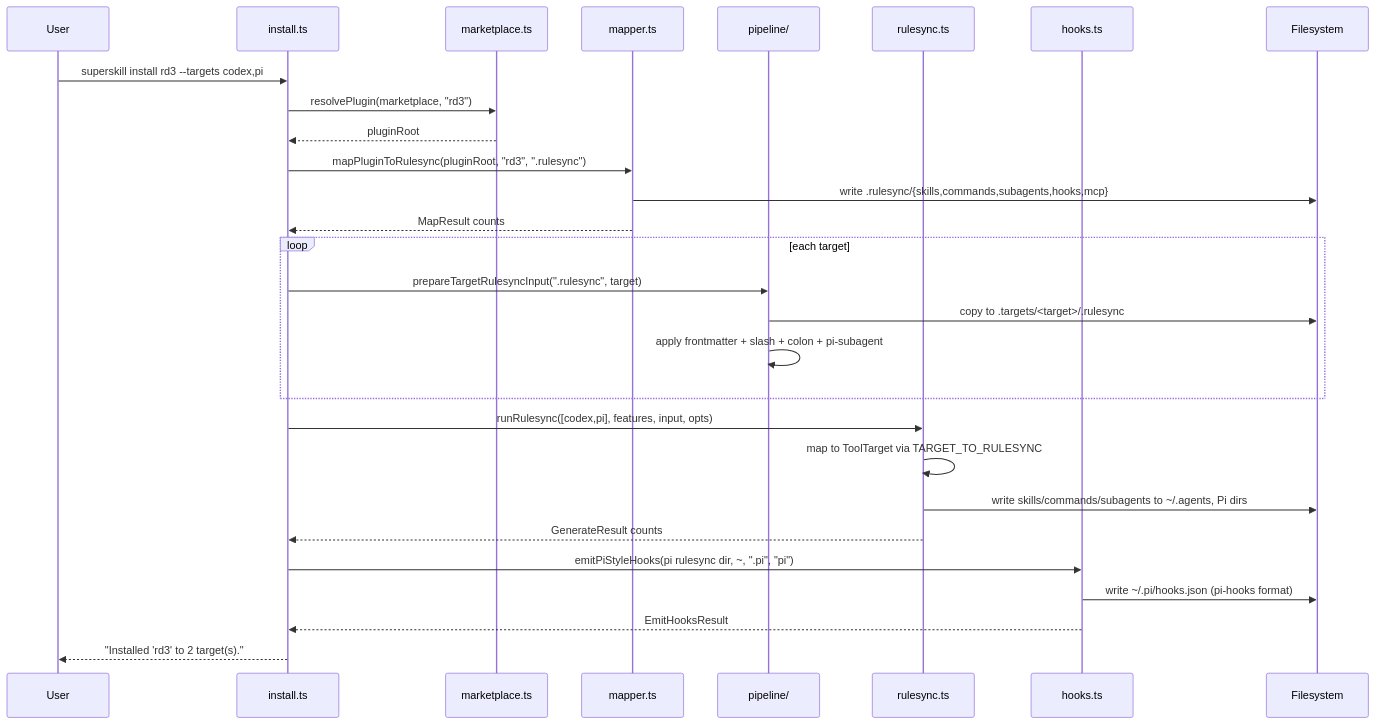
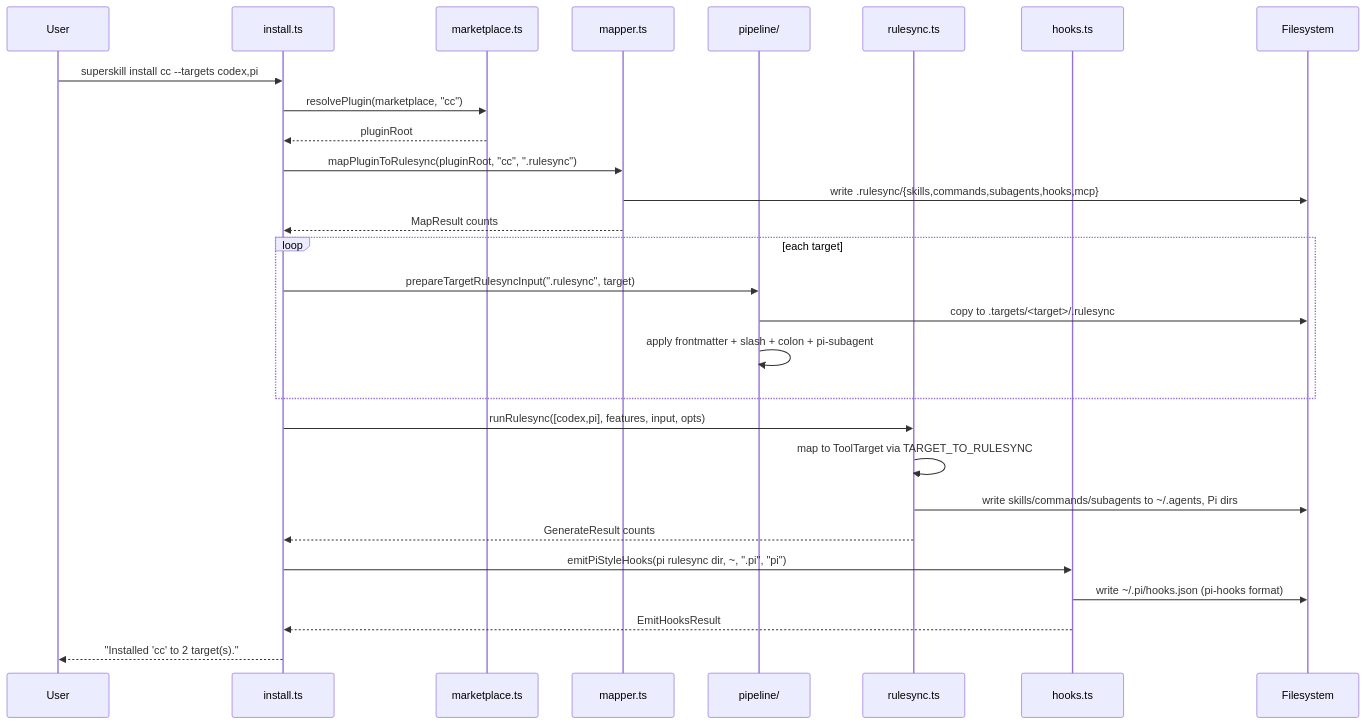
Before and after one commit to gobing-ai/superskill: the fourth of 4 diagrams in docs/help/cmd_install.md, drawn with Mermaid. The commit also changed other lines of this file and 9 other files, not shown here.

Commit message:
feat(install): support multi-file magents with per-target assembly and --magent

````diff
--- a/docs/help/cmd_install.md
+++ b/docs/help/cmd_install.md
@@ -195,35 +233,35 @@
 ```mermaid
 sequenceDiagram
     participant User
     participant CLI as install.ts
     participant MP as marketplace.ts
     participant Map as mapper.ts
     participant Pipe as pipeline/
     participant RS as rulesync.ts
     participant H as hooks.ts
     participant FS as Filesystem
 
-    User->>CLI: superskill install rd3 --targets codex,pi
-    CLI->>MP: resolvePlugin(marketplace, "rd3")
+    User->>CLI: superskill install cc --targets codex,pi
+    CLI->>MP: resolvePlugin(marketplace, "cc")
     MP-->>CLI: pluginRoot
-    CLI->>Map: mapPluginToRulesync(pluginRoot, "rd3", ".rulesync")
+    CLI->>Map: mapPluginToRulesync(pluginRoot, "cc", ".rulesync")
     Map->>FS: write .rulesync/{skills,commands,subagents,hooks,mcp}
     Map-->>CLI: MapResult counts
 
     loop each target
         CLI->>Pipe: prepareTargetRulesyncInput(".rulesync", target)
         Pipe->>FS: copy to .targets/<target>/.rulesync
         Pipe->>Pipe: apply frontmatter + slash + colon + pi-subagent
     end
 
     CLI->>RS: runRulesync([codex,pi], features, input, opts)
     RS->>RS: map to ToolTarget via TARGET_TO_RULESYNC
     RS->>FS: write skills/commands/subagents to ~/.agents, Pi dirs
     RS-->>CLI: GenerateResult counts
 
     CLI->>H: emitPiStyleHooks(pi rulesync dir, ~, ".pi", "pi")
     H->>FS: write ~/.pi/hooks.json (pi-hooks format)
     H-->>CLI: EmitHooksResult
 
-    CLI-->>User: "Installed 'rd3' to 2 target(s)."
+    CLI-->>User: "Installed 'cc' to 2 target(s)."
 ```
````
